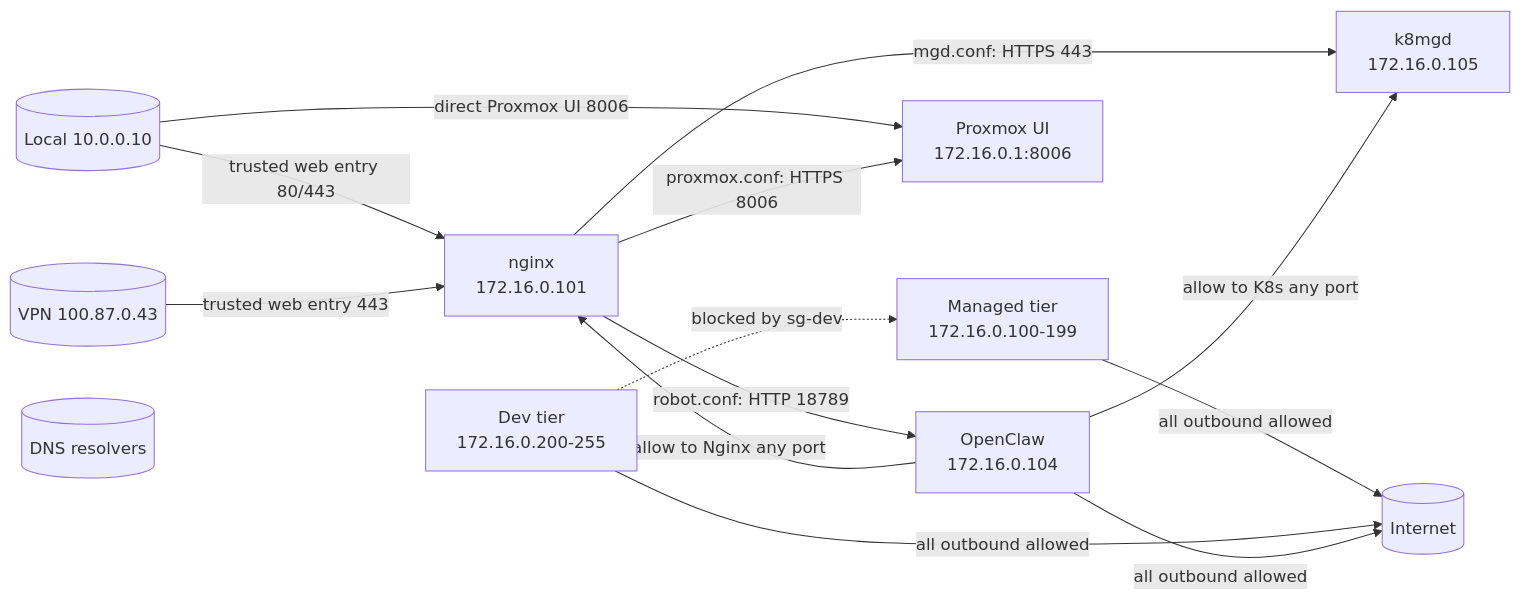
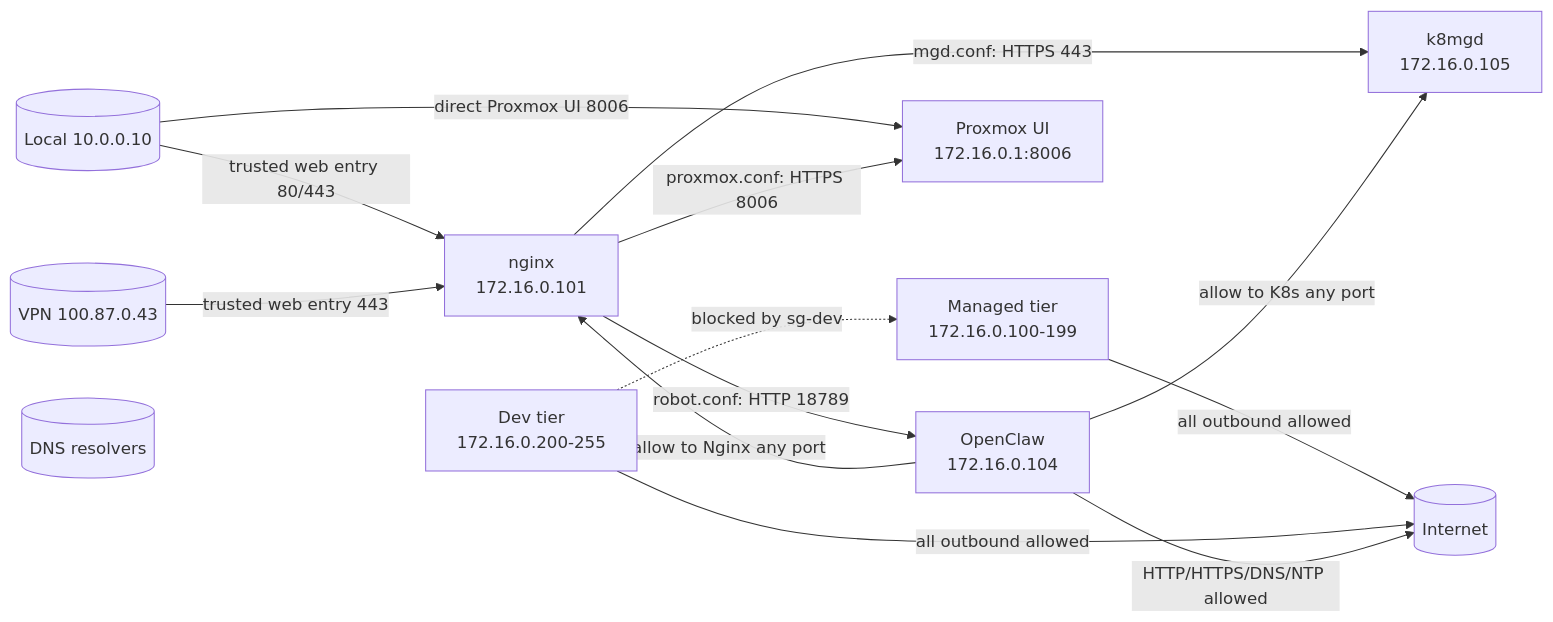
The diagram in infrastructure/terra/proxmox/README.md (nirmalhk7/operationscenter), drawn with Mermaid before and after one commit. The commit also changed other lines of this file, not shown here.

Commit message:
docs(proxmox): update firewall policies and OpenClaw outbound rules

````diff
--- a/infrastructure/terra/proxmox/README.md
+++ b/infrastructure/terra/proxmox/README.md
@@ -9,29 +9,29 @@
 ```mermaid
 flowchart LR
   Local[(Local 10.0.0.10)]
   VPN[(VPN 100.87.0.43)]
   DNS[(DNS resolvers)]
   Internet[(Internet)]
   Nginx["nginx<br/>172.16.0.101"]
   K8s["k8mgd<br/>172.16.0.105"]
   OpenClaw["OpenClaw<br/>172.16.0.104"]
   ProxmoxUI["Proxmox UI<br/>172.16.0.1:8006"]
   ManagedNet["Managed tier<br/>172.16.0.100-199"]
   DevNet["Dev tier<br/>172.16.0.200-255"]
 
   Local -->|direct Proxmox UI 8006| ProxmoxUI
   Local -->|trusted web entry 80/443| Nginx
   VPN -->|trusted web entry 443| Nginx
 
   Nginx -->|mgd.conf: HTTPS 443| K8s
   Nginx -->|proxmox.conf: HTTPS 8006| ProxmoxUI
   Nginx -->|robot.conf: HTTP 18789| OpenClaw
 
   ManagedNet -->|all outbound allowed| Internet
   DevNet -->|all outbound allowed| Internet
   DevNet -.->|blocked by sg-dev| ManagedNet
 
   OpenClaw -->|allow to Nginx any port| Nginx
   OpenClaw -->|allow to K8s any port| K8s
-  OpenClaw -->|all outbound allowed| Internet
+  OpenClaw -->|HTTP/HTTPS/DNS/NTP allowed| Internet
 ```
````
